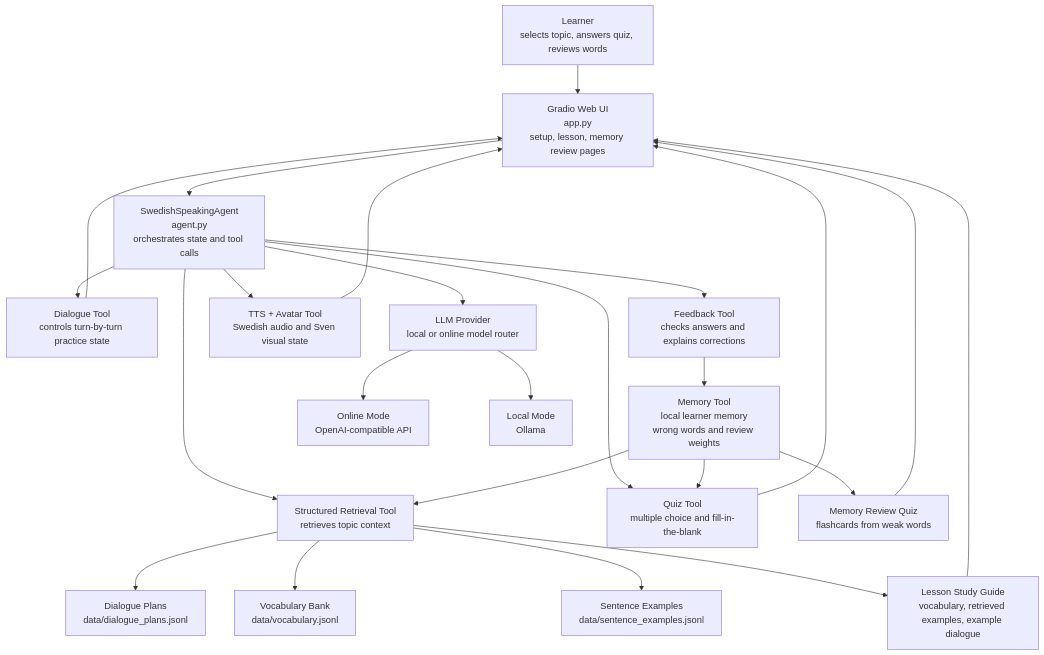
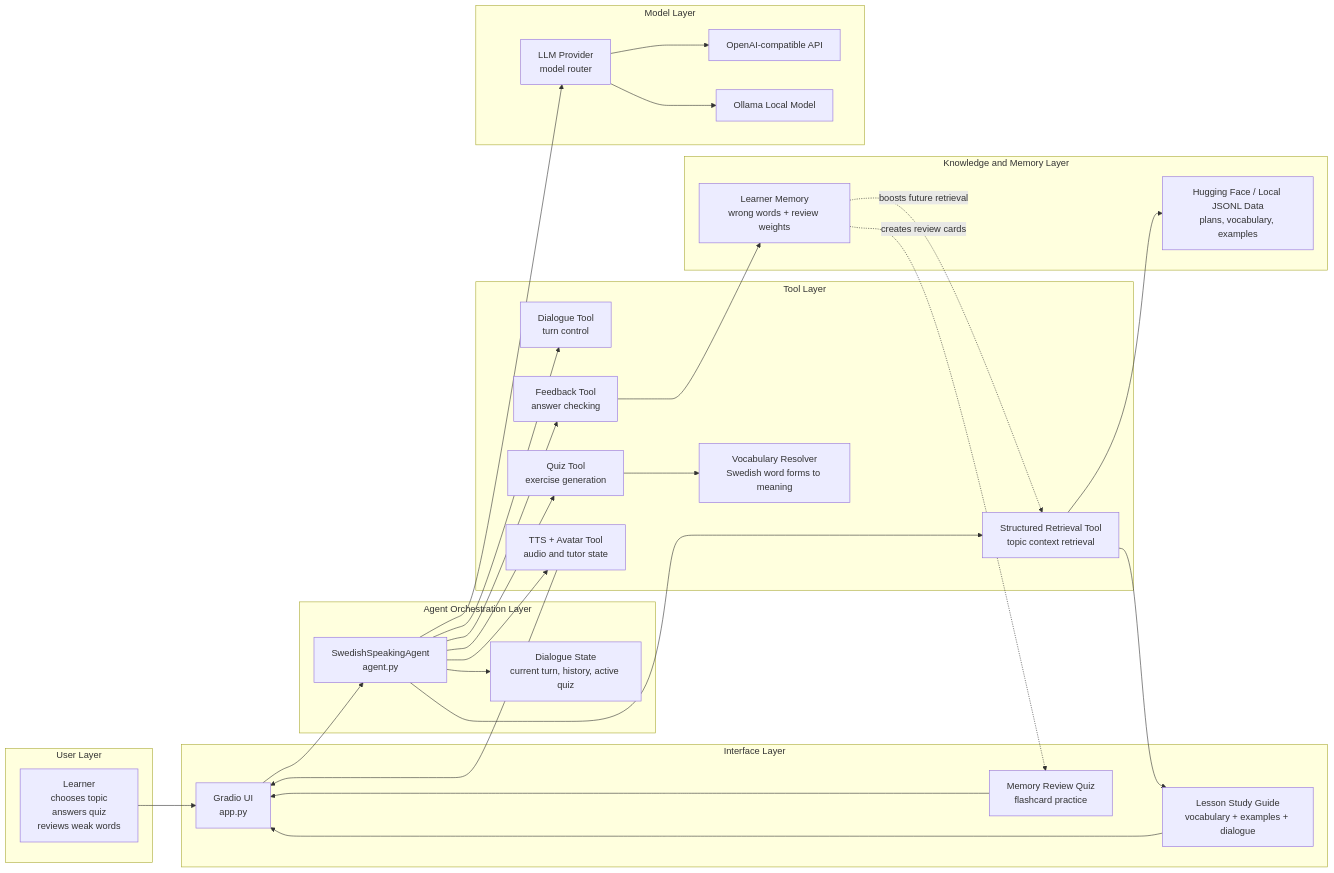
The first of 2 diagrams in report/assignment2_report.md (SeanSha/UU-SwedishLanguageTutorAgent), drawn with Mermaid before and after one commit. The commit also changed other lines of this file, not shown here.

Commit message:
Improve report architecture diagrams

````diff
--- a/report/assignment2_report.md
+++ b/report/assignment2_report.md
@@ -29,32 +29,58 @@
 ```mermaid
-flowchart TD
-    User["Learner<br/>selects topic, answers quiz, reviews words"] --> UI["Gradio Web UI<br/>app.py<br/>setup, lesson, memory review pages"]
+flowchart LR
+    subgraph L1["User Layer"]
+        User["Learner<br/>chooses topic<br/>answers quiz<br/>reviews weak words"]
+    end
 
-    UI --> Agent["SwedishSpeakingAgent<br/>agent.py<br/>orchestrates state and tool calls"]
+    subgraph L2["Interface Layer"]
+        UI["Gradio UI<br/>app.py"]
+        Guide["Lesson Study Guide<br/>vocabulary + examples + dialogue"]
+        ReviewUI["Memory Review Quiz<br/>flashcard practice"]
+    end
 
-    Agent --> Retrieval["Structured Retrieval Tool<br/>retrieves topic context"]
-    Retrieval --> Plans["Dialogue Plans<br/>data/dialogue_plans.jsonl"]
-    Retrieval --> Vocab["Vocabulary Bank<br/>data/vocabulary.jsonl"]
-    Retrieval --> Examples["Sentence Examples<br/>data/sentence_examples.jsonl"]
-    Retrieval --> LessonGuide["Lesson Study Guide<br/>vocabulary, retrieved examples, example dialogue"]
+    subgraph L3["Agent Orchestration Layer"]
+        Agent["SwedishSpeakingAgent<br/>agent.py"]
+        State["Dialogue State<br/>current turn, history, active quiz"]
+    end
 
-    Agent --> Dialogue["Dialogue Tool<br/>controls turn-by-turn practice state"]
-    Agent --> Quiz["Quiz Tool<br/>multiple choice and fill-in-the-blank"]
-    Agent --> Feedback["Feedback Tool<br/>checks answers and explains corrections"]
-    Agent --> TTS["TTS + Avatar Tool<br/>Swedish audio and Sven visual state"]
+    subgraph L4["Tool Layer"]
+        Retrieval["Structured Retrieval Tool<br/>topic context retrieval"]
+        Dialogue["Dialogue Tool<br/>turn control"]
+        Quiz["Quiz Tool<br/>exercise generation"]
+        Feedback["Feedback Tool<br/>answer checking"]
+        TTS["TTS + Avatar Tool<br/>audio and tutor state"]
+        VocabResolver["Vocabulary Resolver<br/>Swedish word forms to meaning"]
+    end
 
-    Feedback --> Memory["Memory Tool<br/>local learner memory<br/>wrong words and review weights"]
-    Memory --> Review["Memory Review Quiz<br/>flashcards from weak words"]
-    Memory --> Retrieval
-    Memory --> Quiz
+    subgraph L5["Knowledge and Memory Layer"]
+        Dataset["Hugging Face / Local JSONL Data<br/>plans, vocabulary, examples"]
+        Memory["Learner Memory<br/>wrong words + review weights"]
+    end
 
-    Agent --> LLMProvider["LLM Provider<br/>local or online model router"]
-    LLMProvider --> OpenAI["Online Mode<br/>OpenAI-compatible API"]
-    LLMProvider --> Ollama["Local Mode<br/>Ollama"]
+    subgraph L6["Model Layer"]
+        Provider["LLM Provider<br/>model router"]
+        Online["OpenAI-compatible API"]
+        Local["Ollama Local Model"]
+    end
 
-    LessonGuide --> UI
-    Dialogue --> UI
-    Quiz --> UI
-    Review --> UI
+    User --> UI
+    UI --> Agent
+    Agent --> State
+    Agent --> Retrieval
+    Agent --> Dialogue
+    Agent --> Quiz
+    Agent --> Feedback
+    Agent --> TTS
+    Quiz --> VocabResolver
+    Feedback --> Memory
+    Retrieval --> Dataset
+    Memory -.boosts future retrieval.-> Retrieval
+    Memory -.creates review cards.-> ReviewUI
+    Agent --> Provider
+    Provider --> Online
+    Provider --> Local
+    Retrieval --> Guide
+    Guide --> UI
     TTS --> UI
+    ReviewUI --> UI
 ```
````
